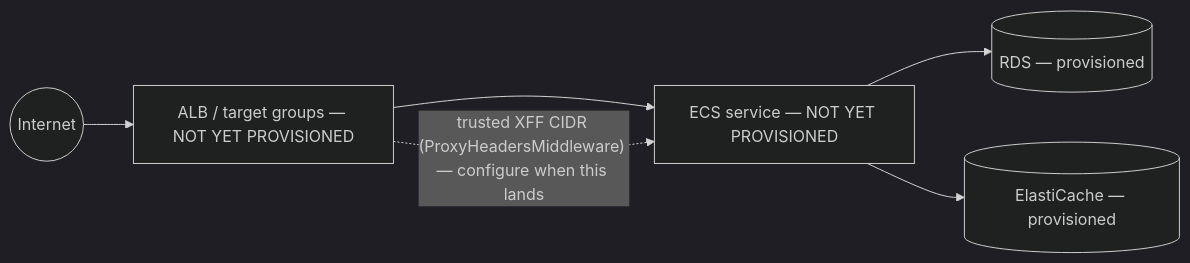
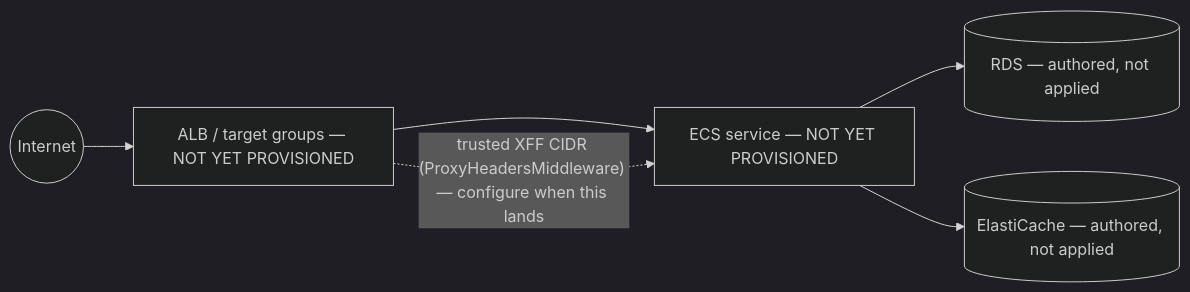
The eighth of 8 diagrams in docs/system_architecture.md (bretthinkle123/orbit-fitness-app), drawn with Mermaid (dark theme) before and after one commit. The commit also changed other lines of this file and 12 other files, not shown here.

````diff
--- a/docs/system_architecture.md
+++ b/docs/system_architecture.md
@@ -294,8 +318,8 @@
 ```mermaid
 flowchart LR
     Internet((Internet)) --> ALB[ALB / target groups — NOT YET PROVISIONED]
     ALB --> ECS[ECS service — NOT YET PROVISIONED]
-    ECS --> RDS2[(RDS — provisioned)]
-    ECS --> Redis2[(ElastiCache — provisioned)]
+    ECS --> RDS2[(RDS — authored, not applied)]
+    ECS --> Redis2[(ElastiCache — authored, not applied)]
     ALB -.->|"trusted XFF CIDR (ProxyHeadersMiddleware) — configure when this lands"| ECS
 ```
````
